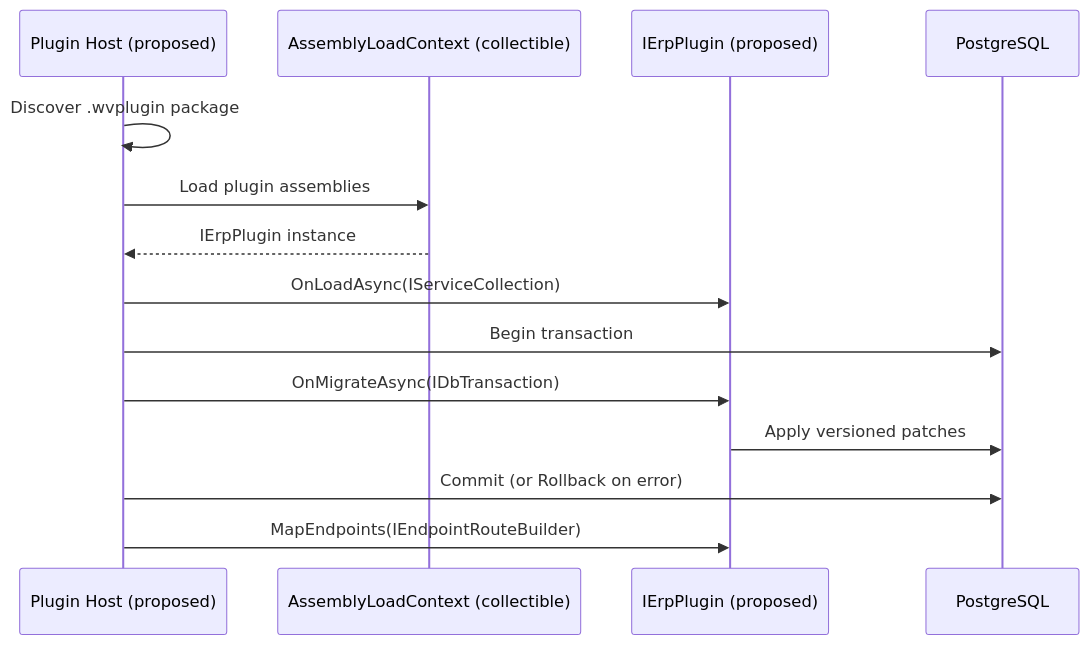
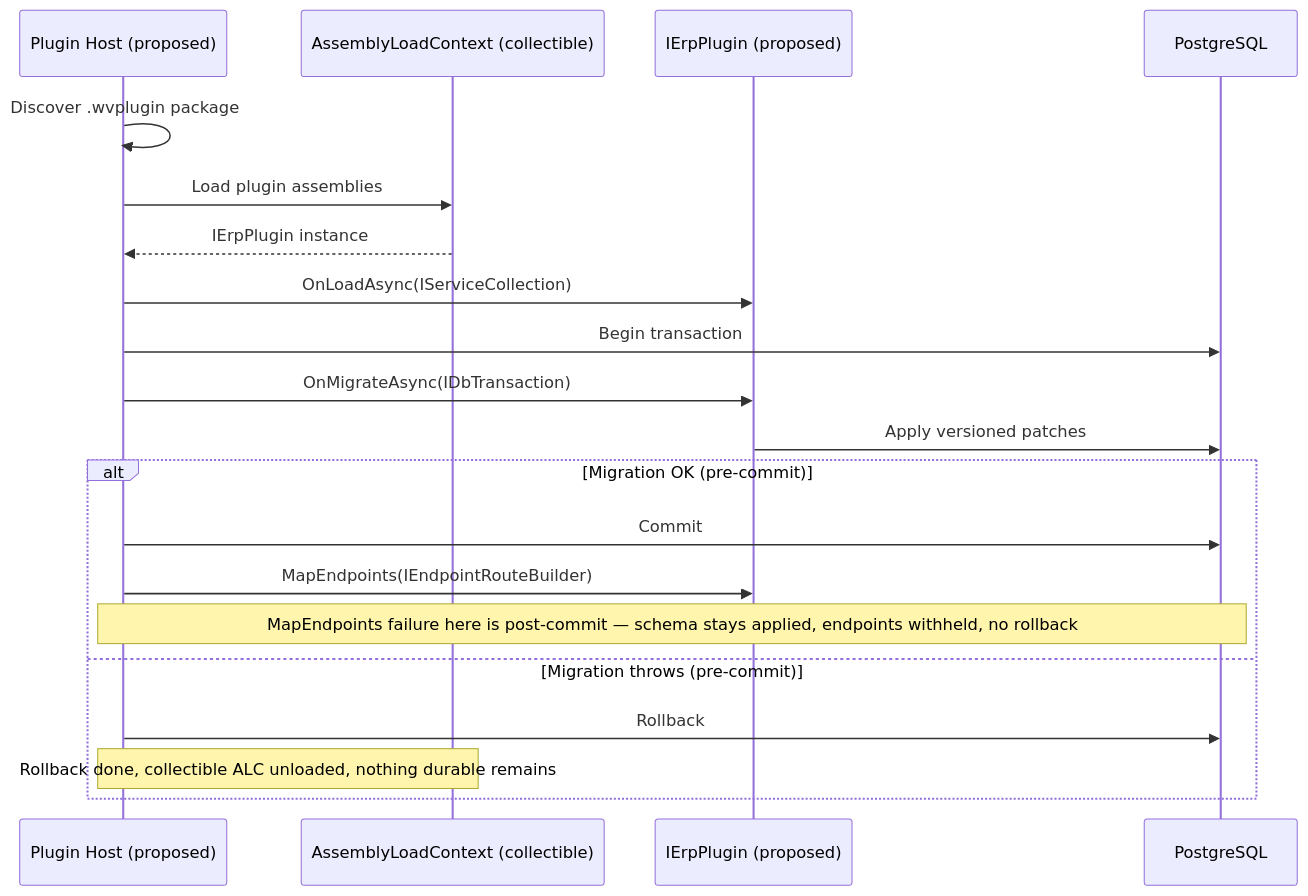
One commit to Blitzy-Sandbox/blitzy-WebVella-ERP changed the diagram in docs/plugin-sdk/ierplugin-contract.md. Above: the diagram before and after it, drawn with Mermaid. The commit also changed other lines of this file and 43 other files, not shown here.

````diff
--- a/docs/plugin-sdk/ierplugin-contract.md
+++ b/docs/plugin-sdk/ierplugin-contract.md
@@ -251,16 +265,24 @@
 ```mermaid
 sequenceDiagram
+    accTitle: IErpPlugin load and migration sequence
+    accDescr: The proposed host discovers a wvplugin, loads assemblies into a collectible AssemblyLoadContext, resolves the IErpPlugin instance, calls OnLoadAsync, begins a transaction, and calls OnMigrateAsync to apply versioned patches. On a pre-commit success it commits and calls MapEndpoints, where a later mapping failure is post-commit so the schema stays applied and endpoints are withheld without rollback. If migration throws pre-commit, the host rolls back and unloads the collectible context so nothing durable remains.
     participant Host as Plugin Host (proposed)
     participant ALC as AssemblyLoadContext (collectible)
     participant Plugin as IErpPlugin (proposed)
     participant DB as PostgreSQL
     Host->>Host: Discover .wvplugin package
     Host->>ALC: Load plugin assemblies
     ALC-->>Host: IErpPlugin instance
     Host->>Plugin: OnLoadAsync(IServiceCollection)
     Host->>DB: Begin transaction
     Host->>Plugin: OnMigrateAsync(IDbTransaction)
     Plugin->>DB: Apply versioned patches
-    Host->>DB: Commit (or Rollback on error)
-    Host->>Plugin: MapEndpoints(IEndpointRouteBuilder)
+    alt Migration OK (pre-commit)
+        Host->>DB: Commit
+        Host->>Plugin: MapEndpoints(IEndpointRouteBuilder)
+        Note over Host,DB: MapEndpoints failure here is post-commit — schema stays applied, endpoints withheld, no rollback
+    else Migration throws (pre-commit)
+        Host->>DB: Rollback
+        Note over Host,ALC: Rollback done, collectible ALC unloaded, nothing durable remains
+    end
 ```
````
